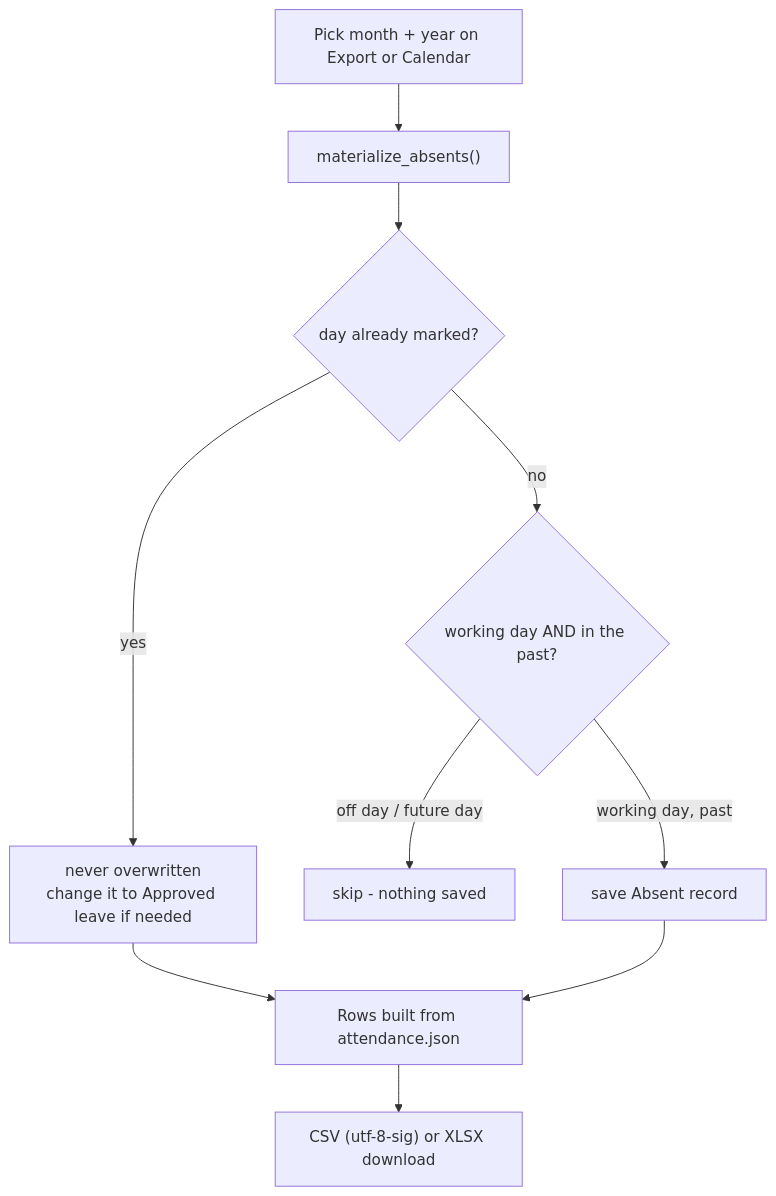
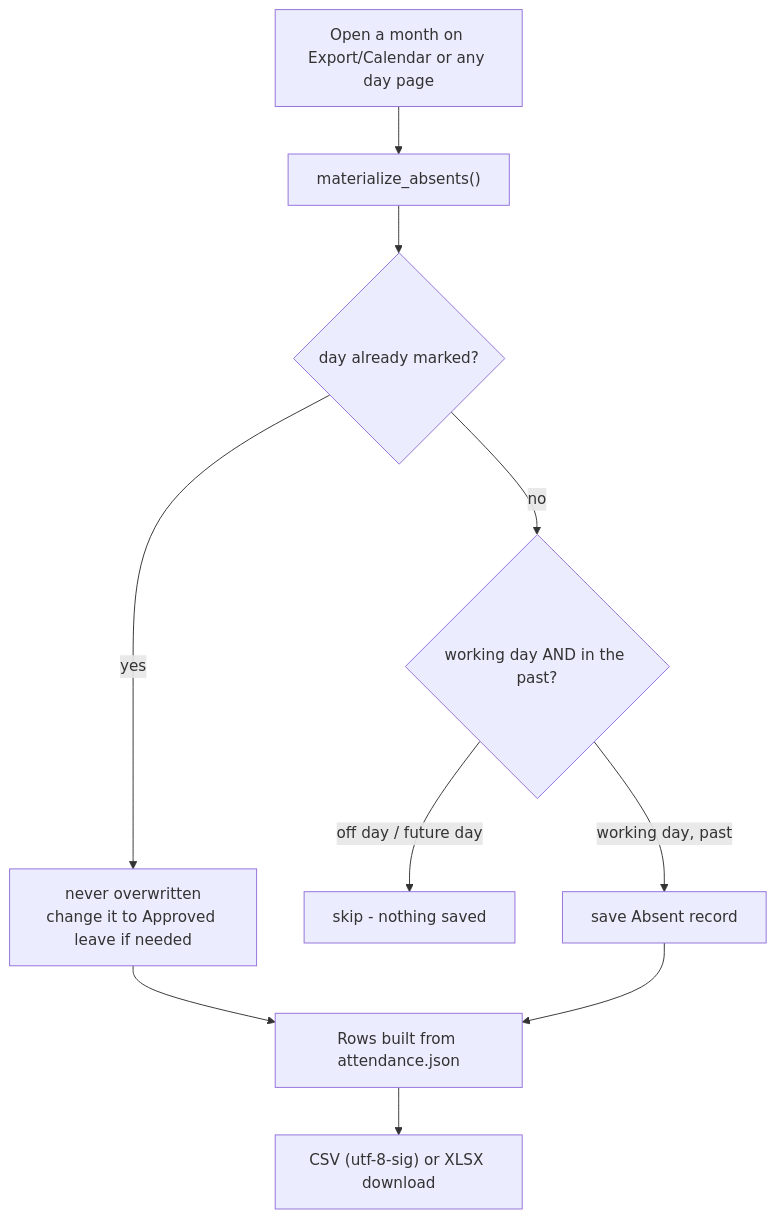
One commit to bluekitsune-sad/python_practice_and_projects changed the third of 3 diagrams in HRMS/README.md. Above: the diagram before and after it, drawn with Mermaid. The commit also changed other lines of this file and 13 other files, not shown here.

Commit message:
HRMS: employee edit, web-editable late time/off days (Settings), calendar day detail

````diff
--- a/HRMS/README.md
+++ b/HRMS/README.md
@@ -108,12 +126,12 @@
 ```mermaid
 flowchart TD
-    U["Pick month + year on Export or Calendar"] --> F["materialize_absents()"]
+    U["Open a month on Export/Calendar or any day page"] --> F["materialize_absents()"]
     F --> Q{"day already marked?"}
     Q -->|"yes"| KEEP["never overwritten<br/>change it to Approved leave if needed"]
     Q -->|"no"| W{"working day AND in the past?"}
     W -->|"off day / future day"| SK["skip - nothing saved"]
     W -->|"working day, past"| AB["save Absent record"]
     KEEP --> R["Rows built from attendance.json"]
     AB --> R
     R --> X["CSV (utf-8-sig) or XLSX download"]
 ```
````
